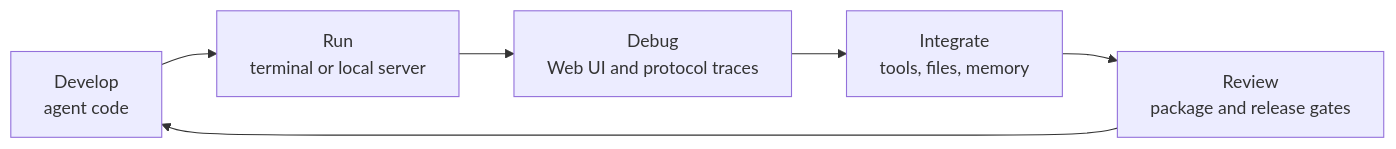
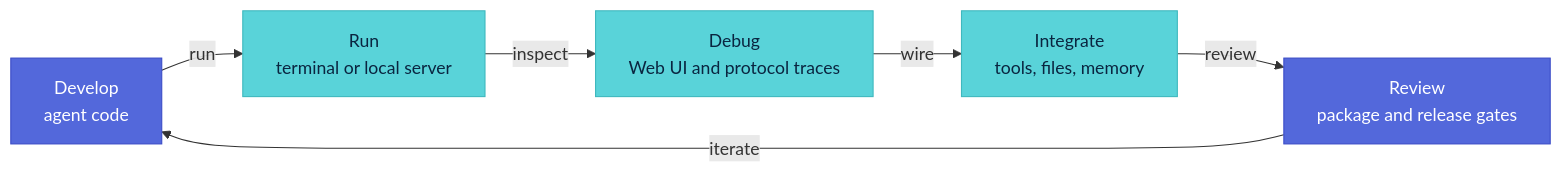
Before and after one commit to kingsoftcloud/ksadk-python: the first of 3 diagrams in docs-site/content/docs/framework/getting-started/concepts.en.mdx, drawn with Mermaid. The commit also changed other lines of this file and 33 other files, not shown here.

````diff
--- a/docs-site/content/docs/framework/getting-started/concepts.en.mdx
+++ b/docs-site/content/docs/framework/getting-started/concepts.en.mdx
@@ -19,8 +19,13 @@
 ```mermaid
 flowchart LR
-  A["Develop<br/>agent code"] --> B["Run<br/>terminal or local server"]
-  B --> C["Debug<br/>Web UI and protocol traces"]
-  C --> D["Integrate<br/>tools, files, memory"]
-  D --> E["Review<br/>package and release gates"]
-  E --> A
+  A["Develop<br/>agent code"] -->|run| B["Run<br/>terminal or local server"]
+  B -->|inspect| C["Debug<br/>Web UI and protocol traces"]
+  C -->|wire| D["Integrate<br/>tools, files, memory"]
+  D -->|review| E["Review<br/>package and release gates"]
+  E -->|iterate| A
+
+  classDef brand fill:#5368db,stroke:#3b4cc7,color:#fff
+  classDef accent fill:#59d3d9,stroke:#3fb8be,color:#0a2540
+  class A,E brand
+  class B,C,D accent
 ```
````
